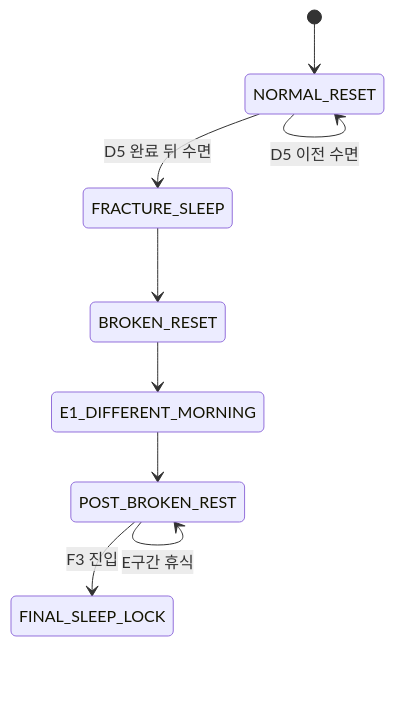
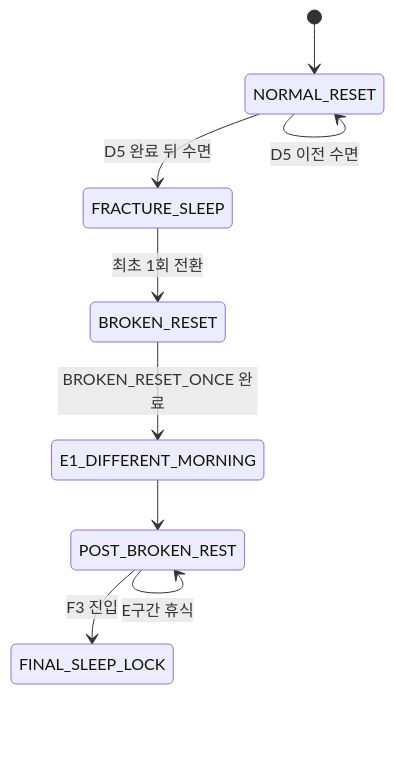
Before and after one commit to devb-eru/ggb: the ninth of 9 diagrams in ideas/md/v04/03_전체이벤트흐름도.md, drawn with Mermaid. The commit also changed other lines of this file, not shown here.

Commit message:
B2 압박의 에드가 진입·은신·발각 합류, C0~C5의 M1_MIRROR_GALLERY, C5_INFO, BROKEN_RESET 단발 전환

````diff
--- a/ideas/md/v04/03_전체이벤트흐름도.md
+++ b/ideas/md/v04/03_전체이벤트흐름도.md
@@ -924,11 +927,11 @@
 ```mermaid
 stateDiagram-v2
     [*] --> NORMAL_RESET
     NORMAL_RESET --> NORMAL_RESET: D5 이전 수면
     NORMAL_RESET --> FRACTURE_SLEEP: D5 완료 뒤 수면
-    FRACTURE_SLEEP --> BROKEN_RESET
-    BROKEN_RESET --> E1_DIFFERENT_MORNING
+    FRACTURE_SLEEP --> BROKEN_RESET: 최초 1회 전환
+    BROKEN_RESET --> E1_DIFFERENT_MORNING: BROKEN_RESET_ONCE 완료
     E1_DIFFERENT_MORNING --> POST_BROKEN_REST
     POST_BROKEN_REST --> POST_BROKEN_REST: E구간 휴식
     POST_BROKEN_REST --> FINAL_SLEEP_LOCK: F3 진입
 ```
````
